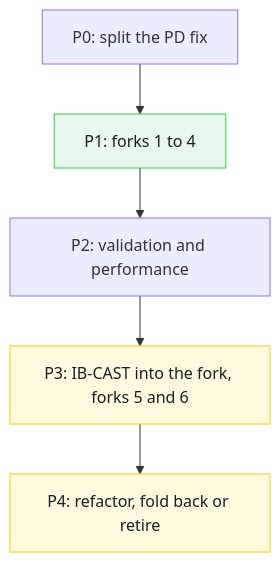
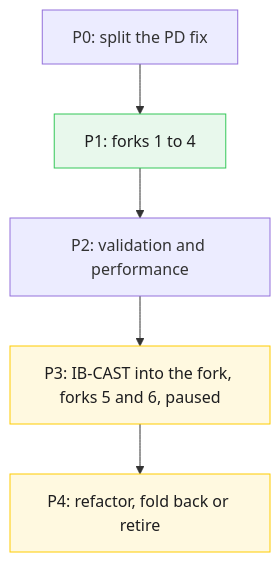
One commit to ROCm/rocm-systems changed the fourth of 7 diagrams in projects/rccl/docs/design/multi_segment_fork_plugin.md. Above: the diagram before and after it, drawn with Mermaid. The commit also changed other lines of this file and 14 other files, not shown here.

````diff
--- a/projects/rccl/docs/design/multi_segment_fork_plugin.md
+++ b/projects/rccl/docs/design/multi_segment_fork_plugin.md
@@ -159,12 +174,12 @@
 ```mermaid
 %% caption: Plan phases
 flowchart TD
  p0["P0: split the PD fix"] --> p1["P1: forks 1 to 4"]
  p1 --> p2["P2: validation and performance"]
- p2 --> p3["P3: IB-CAST into the fork, forks 5 and 6"]
+ p2 --> p3["P3: IB-CAST into the fork, forks 5 and 6, paused"]
  p3 --> p4["P4: refactor, fold back or retire"]
  classDef done fill:#e8f8ec,stroke:#34c759,color:#1d1d1f
  classDef planned fill:#fff9e0,stroke:#ffcc00,color:#1d1d1f
  class p1 done
  class p3,p4 planned
 ```
````
